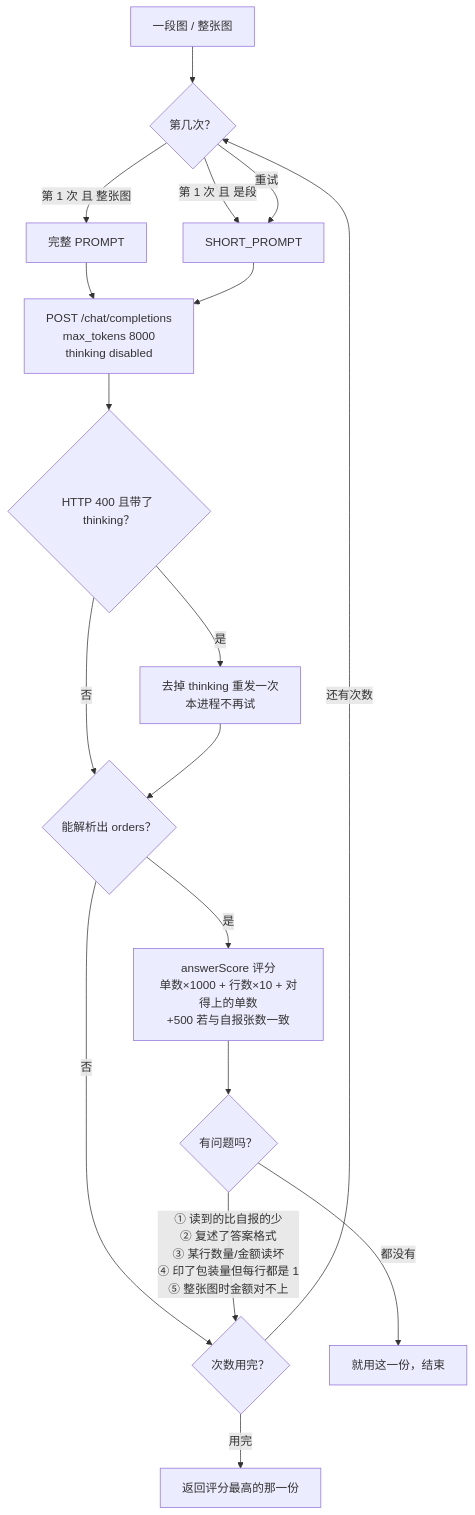
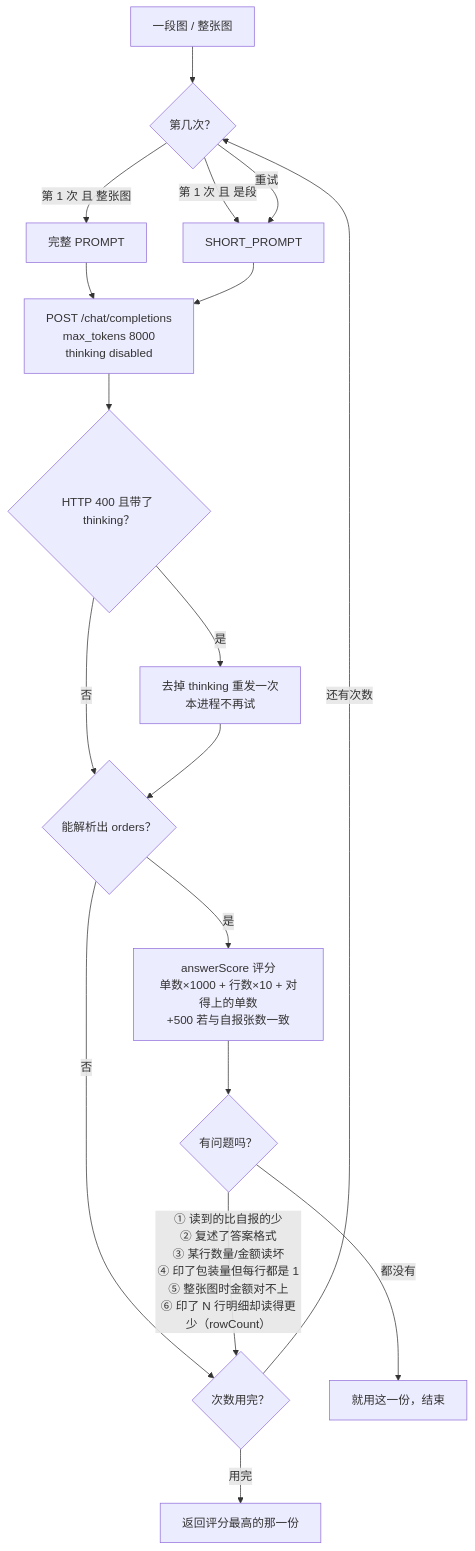
The second of 3 diagrams in langhua-ofbiz-mfg/docs/识图设计.md (shijh/langhua), drawn with Mermaid before and after one commit. The commit also changed other lines of this file and 6 other files, not shown here.

````diff
--- a/langhua-ofbiz-mfg/docs/识图设计.md
+++ b/langhua-ofbiz-mfg/docs/识图设计.md
@@ -114,20 +115,20 @@
 ```mermaid
 flowchart TD
     A["一段图 / 整张图"] --> B{"第几次？"}
     B -->|第 1 次 且 整张图| C["完整 PROMPT"]
     B -->|第 1 次 且 是段| D["SHORT_PROMPT"]
     B -->|重试| D
     C --> E["POST /chat/completions<br/>max_tokens 8000<br/>thinking disabled"]
     D --> E
     E --> F{"HTTP 400 且带了 thinking？"}
     F -->|是| G["去掉 thinking 重发一次<br/>本进程不再试"]
     F -->|否| H{"能解析出 orders？"}
     G --> H
     H -->|否| R{"次数用完？"}
     H -->|是| I["answerScore 评分<br/>单数×1000 + 行数×10 + 对得上的单数<br/>+500 若与自报张数一致"]
     I --> J{"有问题吗？"}
-    J -->|"① 读到的比自报的少<br/>② 复述了答案格式<br/>③ 某行数量/金额读坏<br/>④ 印了包装量但每行都是 1<br/>⑤ 整张图时金额对不上"| R
+    J -->|"① 读到的比自报的少<br/>② 复述了答案格式<br/>③ 某行数量/金额读坏<br/>④ 印了包装量但每行都是 1<br/>⑤ 整张图时金额对不上<br/>⑥ 印了 N 行明细却读得更少（rowCount）"| R
     J -->|都没有| K["就用这一份，结束"]
     R -->|还有次数| B
     R -->|用完| L["返回评分最高的那一份"]
 ```
````
